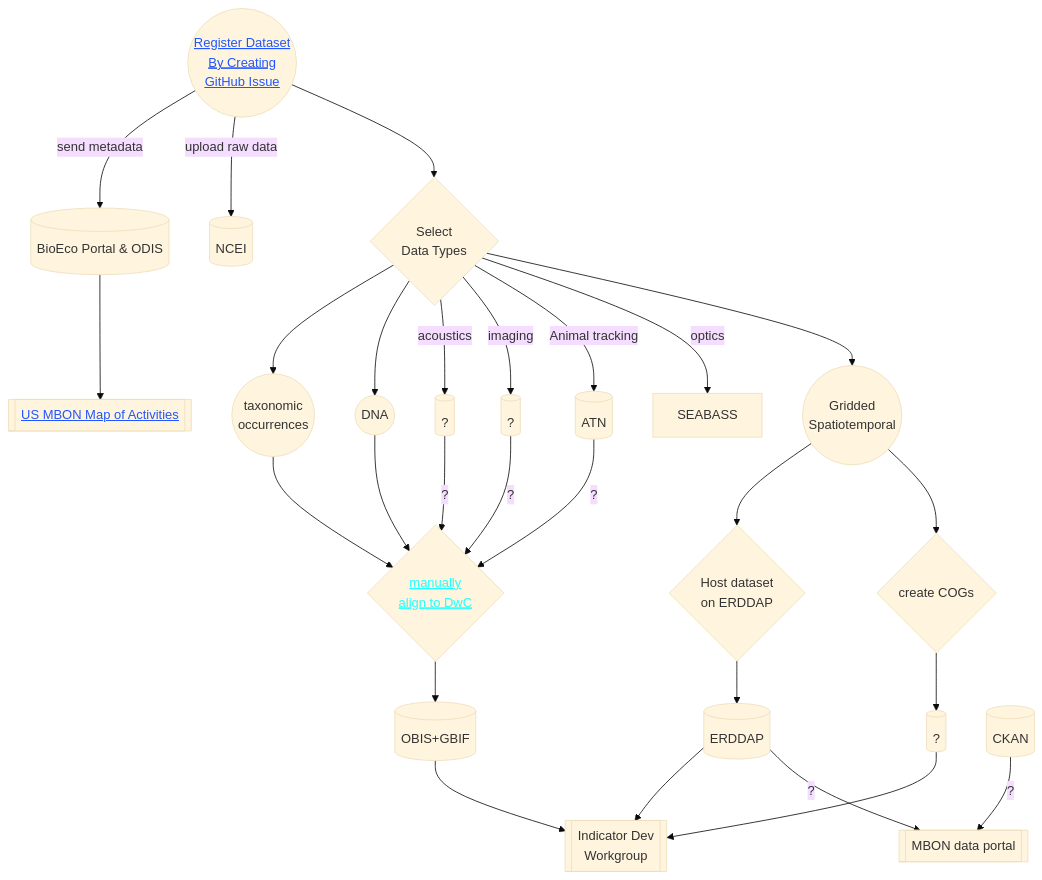
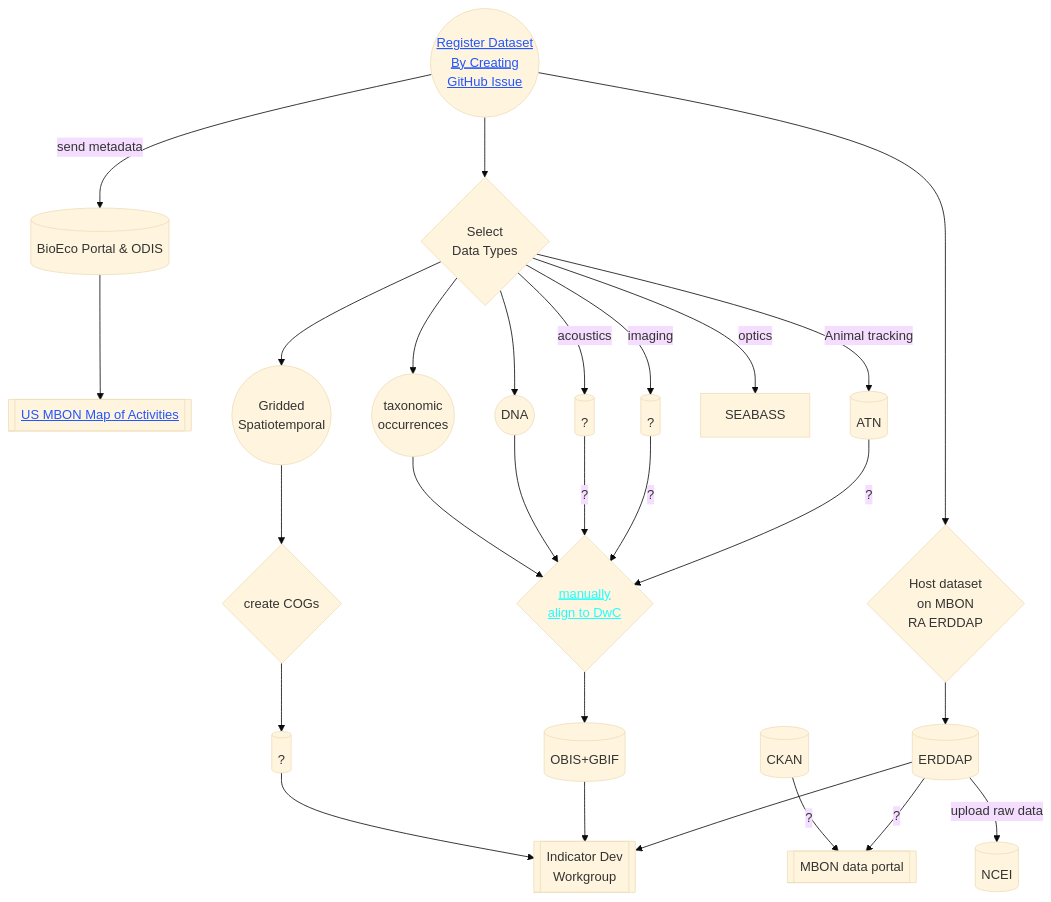
Before and after one commit to marinebon/data-management-checklists: the diagram in graphs/index.md, drawn with Mermaid (base theme).

Commit message:
mv erddap to top

````diff
--- a/graphs/index.md
+++ b/graphs/index.md
@@ -1,53 +1,56 @@
 ```mermaid
 graph TD
 
 REGISTER((Register Dataset \n By Creating \n GitHub Issue)) 
   -- send metadata --> BIOECO[(BioEco Portal & ODIS)]
 
 BIOECO --> MAP[[US MBON Map of Activities]]
 
 %% REGISTER --> REGIONAL{Select \n regional MBONs.}
+REGISTER --> ERDDAP_FMT{Host dataset \n on MBON \n RA ERDDAP}
+  --> ERDDAP[(ERDDAP)]
 
-REGISTER -- upload raw data --> NCEI[(NCEI)]
+ERDDAP -- upload raw data --> NCEI[(NCEI)]
 
 REGISTER --> THEMATIC{Select \n Data Types} 
 
 THEMATIC --> TAXA((taxonomic \n occurrences)) 
   --> DWC_ALIGN{manually \n align to DwC} 
   --> DWC[(OBIS+GBIF)]
 THEMATIC --> DNA((DNA)) 
   --> DWC_ALIGN
 THEMATIC -- acoustics --> ACOUSTICS_DB[(?)]
   -- ? --> DWC_ALIGN
 THEMATIC -- imaging --> IMAGE_DB[(?)]
   -- ? --> DWC_ALIGN
 THEMATIC -- Animal tracking --> ATN[(ATN)]
   -- ? --> DWC_ALIGN
-THEMATIC -- optics --> SEABASS
+THEMATIC -- optics --> SEABASS 
+
 THEMATIC --> GRIDDED((Gridded \n Spatiotemporal))
-GRIDDED --> ERDDAP_FMT{Host dataset \n on ERDDAP} 
-  --> ERDDAP[(ERDDAP)]
 GRIDDED --> COG{create COGs} --> COG_DB[(?)]
   --> INDICATORS
 
 DWC --> INDICATORS
 ERDDAP --> INDICATORS
+
+%% === working groups
 INDICATORS[[Indicator Dev \n Workgroup]]
 
 CKAN[(CKAN)] -- ? --> PORTAL
 ERDDAP -- ? --> PORTAL[[MBON data portal]]
 
 %% this "clickable" class works magically? 
 classDef clickable color:#25f,text-decoration: underline
 
 %% custom classes
 classDef popupsubgraph color:#2ff,text-decoration: underline
 
 %% sub-graphs from within this repo
 click DWC_ALIGN "https://ioos.github.io/mbon-docs/mbon-data-flow.html#darwin-core-alignment"
 DWC_ALIGN:::popupsubgraph
 
 %% external links
 click MAP "https://github.com/marinebon/map-of-activities"
 click REGISTER "https://github.com/marinebon/dataset-registry/issues"
 ```
````
